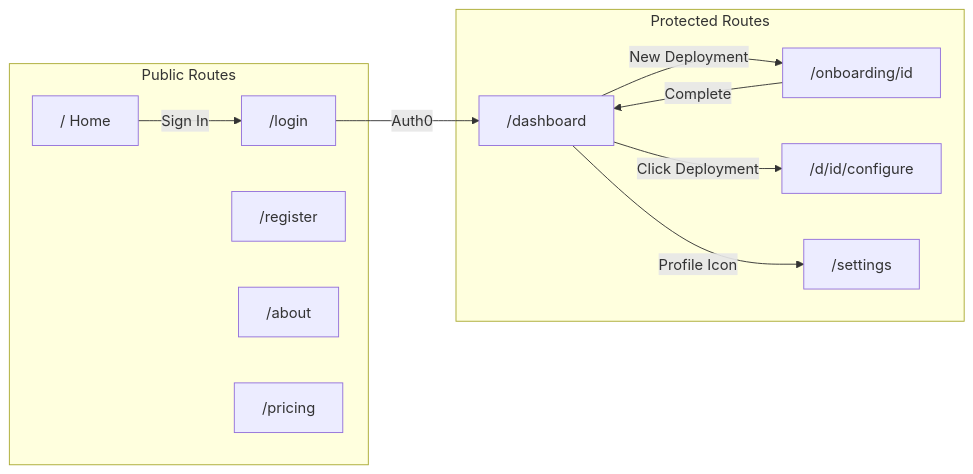
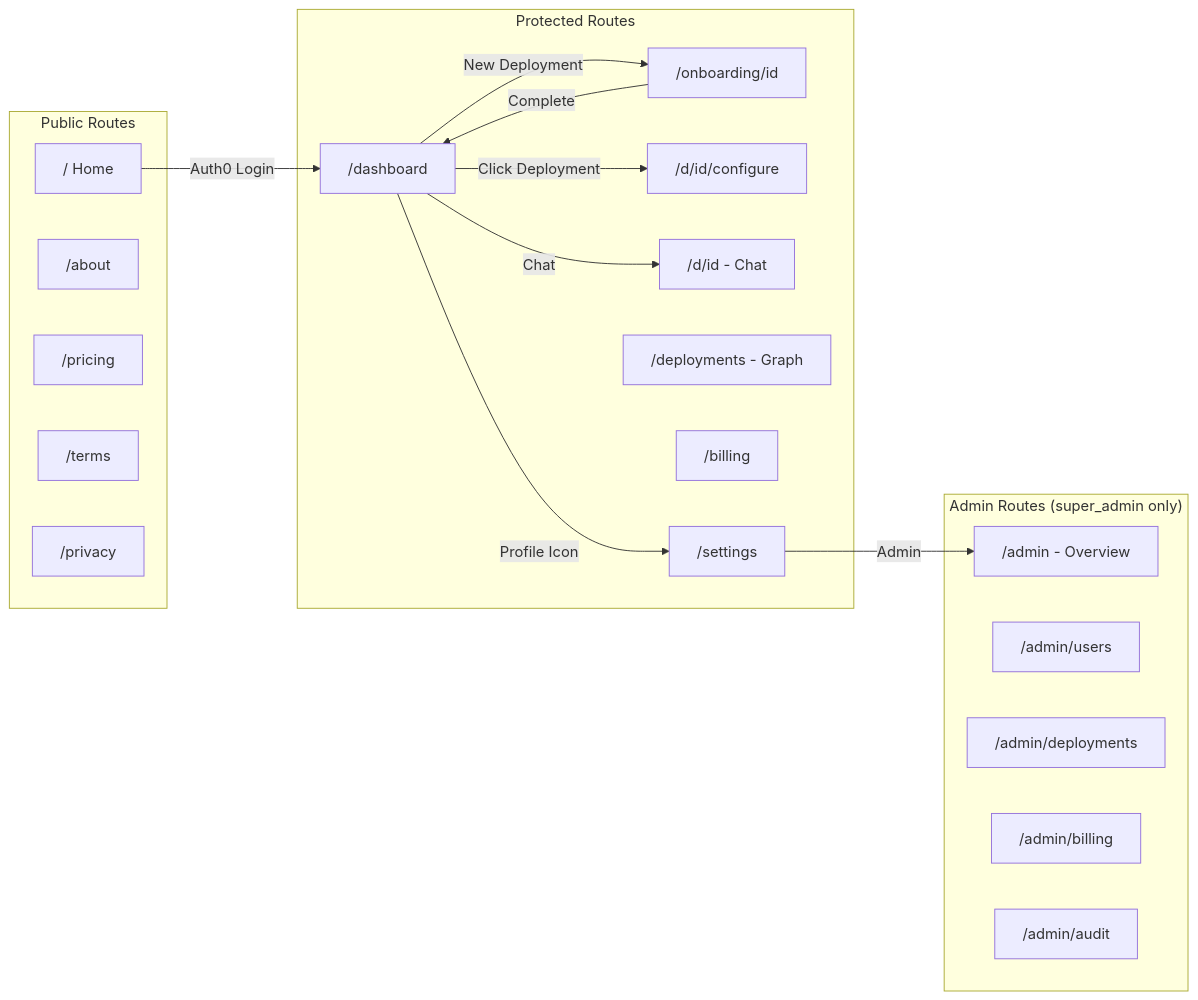
The second of 10 diagrams in Jarble-mvp/docs/JARBLE_PLATFORM_OVERVIEW.md (Bretthb/jarble), drawn with Mermaid before and after one commit. The commit also changed other lines of this file and 3 other files, not shown here.

````diff
--- a/Jarble-mvp/docs/JARBLE_PLATFORM_OVERVIEW.md
+++ b/Jarble-mvp/docs/JARBLE_PLATFORM_OVERVIEW.md
@@ -104,24 +114,36 @@
 ```mermaid
 graph LR
     subgraph "Public Routes"
         P1["/ Home"]
-        P2["/login"]
-        P3["/register"]
         P4["/about"]
         P5["/pricing"]
+        P6["/terms"]
+        P7["/privacy"]
     end
 
     subgraph "Protected Routes"
         R1["/dashboard"]
         R2["/onboarding/id"]
         R3["/d/id/configure"]
+        R5["/d/id - Chat"]
+        R6["/deployments - Graph"]
+        R7["/billing"]
         R4["/settings"]
     end
 
-    P1 -->|Sign In| P2
-    P2 -->|Auth0| R1
+    subgraph "Admin Routes (super_admin only)"
+        A1["/admin - Overview"]
+        A2["/admin/users"]
+        A3["/admin/deployments"]
+        A4["/admin/billing"]
+        A5["/admin/audit"]
+    end
+
+    P1 -->|Auth0 Login| R1
     R1 -->|New Deployment| R2
     R1 -->|Click Deployment| R3
+    R1 -->|Chat| R5
     R1 -->|Profile Icon| R4
     R2 -->|Complete| R1
+    R4 -->|Admin| A1
 ```
````
